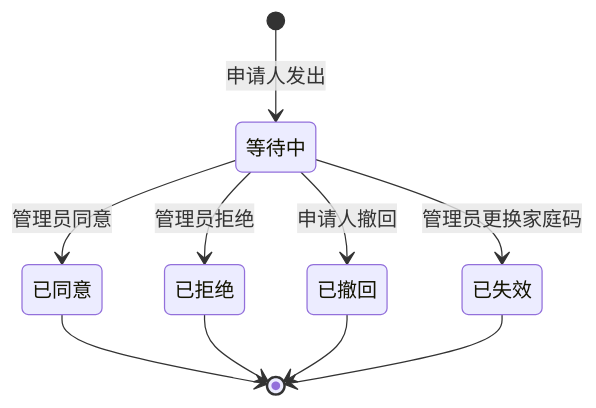
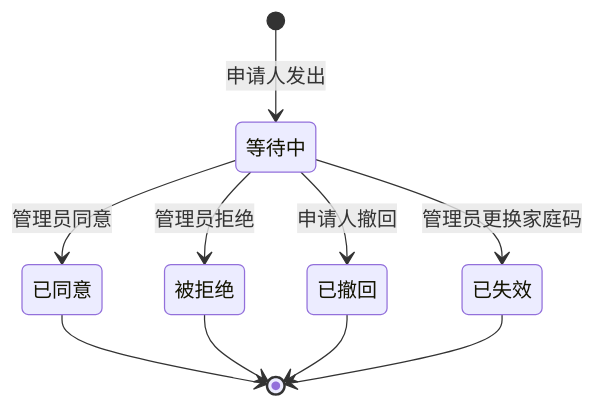
The diagram in .docs/design/rules.md (juanchaopan/thinklet), drawn with Mermaid before and after one commit. The commit also changed other lines of this file and 174 other files, not shown here.

````diff
--- a/.docs/design/rules.md
+++ b/.docs/design/rules.md
@@ -72,12 +95,12 @@
 ```mermaid
 stateDiagram-v2
   [*] --> 等待中: 申请人发出
   等待中 --> 已同意: 管理员同意
-  等待中 --> 已拒绝: 管理员拒绝
+  等待中 --> 被拒绝: 管理员拒绝
   等待中 --> 已撤回: 申请人撤回
   等待中 --> 已失效: 管理员更换家庭码
   已同意 --> [*]
-  已拒绝 --> [*]
+  被拒绝 --> [*]
   已撤回 --> [*]
   已失效 --> [*]
 ```
````
